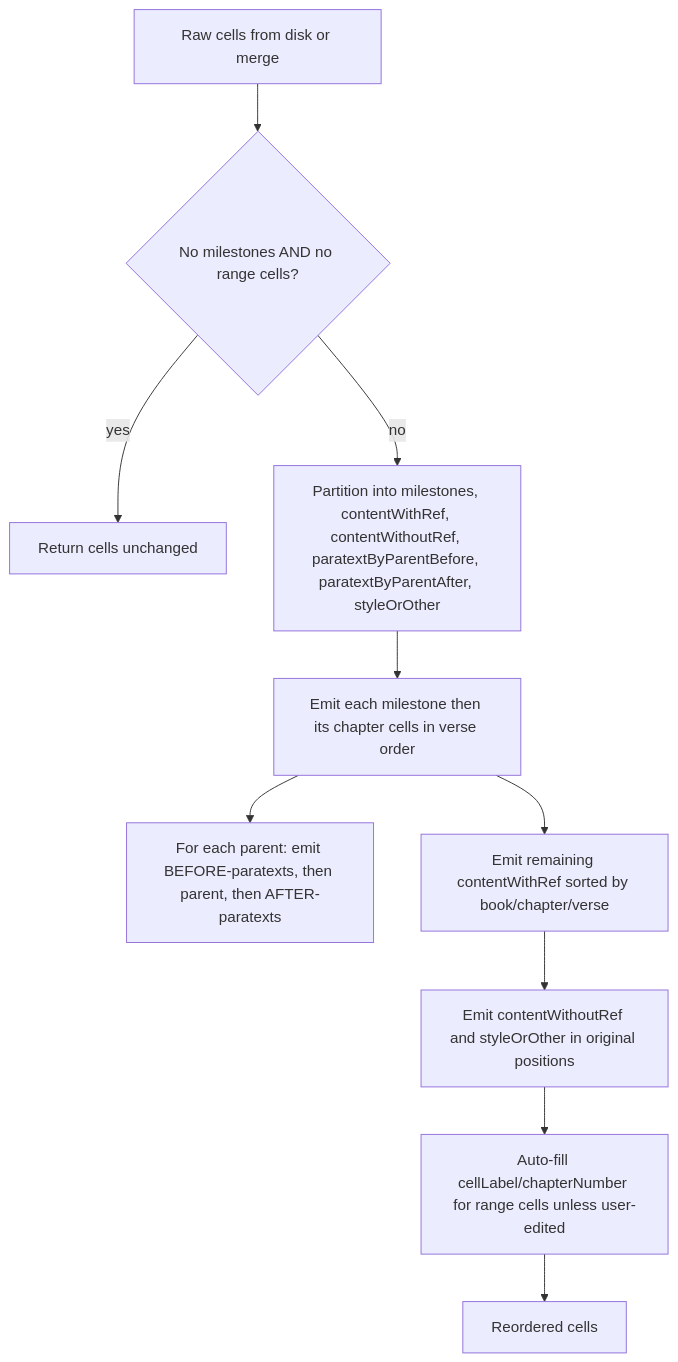
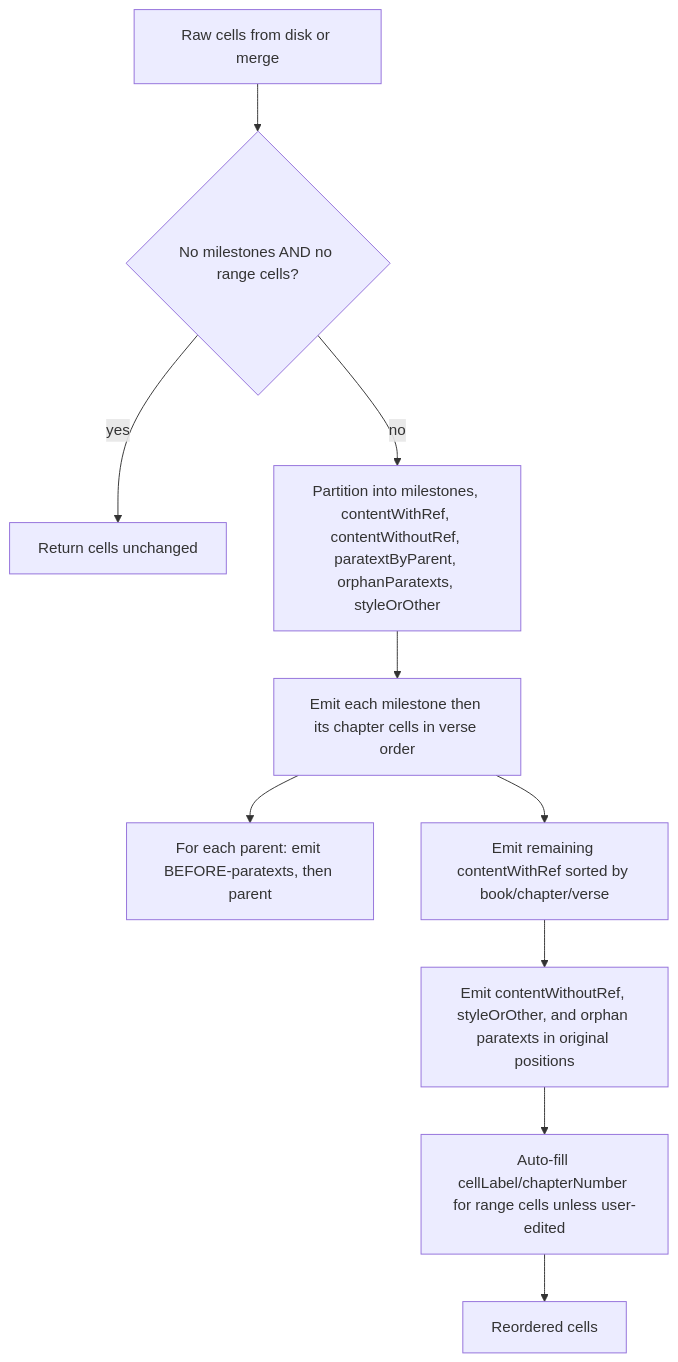
Before and after one commit to genesis-ai-dev/codex-editor: the diagram in .cursor/plans/verse-range-paratext-and-sync_95d659b4.plan.md, drawn with Mermaid. The commit also changed other lines of this file and 2 other files, not shown here.

Commit message:
- Make paratext verses appear on top of parent cells.

````diff
--- a/.cursor/plans/verse-range-paratext-and-sync_95d659b4.plan.md
+++ b/.cursor/plans/verse-range-paratext-and-sync_95d659b4.plan.md
@@ -38,12 +38,12 @@
 ```mermaid
 flowchart TD
     raw[Raw cells from disk or merge] --> bail{No milestones AND no range cells?}
     bail -- yes --> noop[Return cells unchanged]
-    bail -- no --> partition[Partition into milestones, contentWithRef, contentWithoutRef, paratextByParentBefore, paratextByParentAfter, styleOrOther]
+    bail -- no --> partition[Partition into milestones, contentWithRef, contentWithoutRef, paratextByParent, orphanParatexts, styleOrOther]
     partition --> emitChap[Emit each milestone then its chapter cells in verse order]
-    emitChap --> emitPara[For each parent: emit BEFORE-paratexts, then parent, then AFTER-paratexts]
+    emitChap --> emitPara[For each parent: emit BEFORE-paratexts, then parent]
     emitChap --> remaining[Emit remaining contentWithRef sorted by book/chapter/verse]
-    remaining --> tail[Emit contentWithoutRef and styleOrOther in original positions]
+    remaining --> tail[Emit contentWithoutRef, styleOrOther, and orphan paratexts in original positions]
     tail --> relabel[Auto-fill cellLabel/chapterNumber for range cells unless user-edited]
     relabel --> out[Reordered cells]
 ```
````
